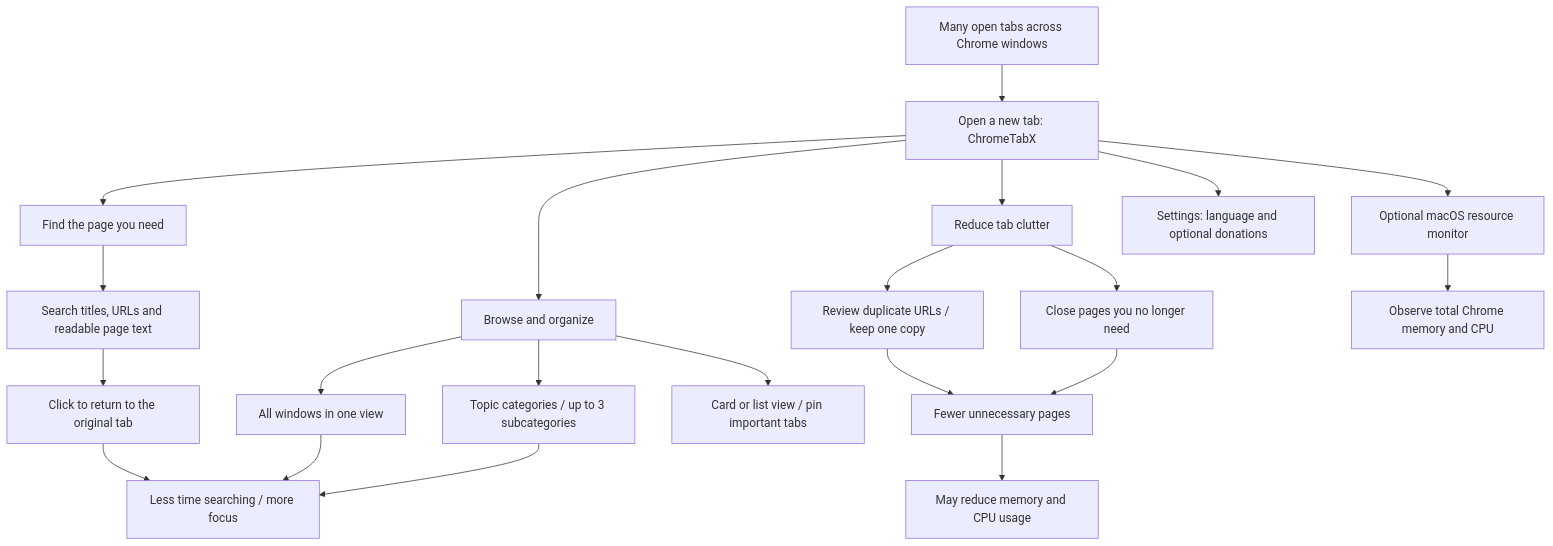
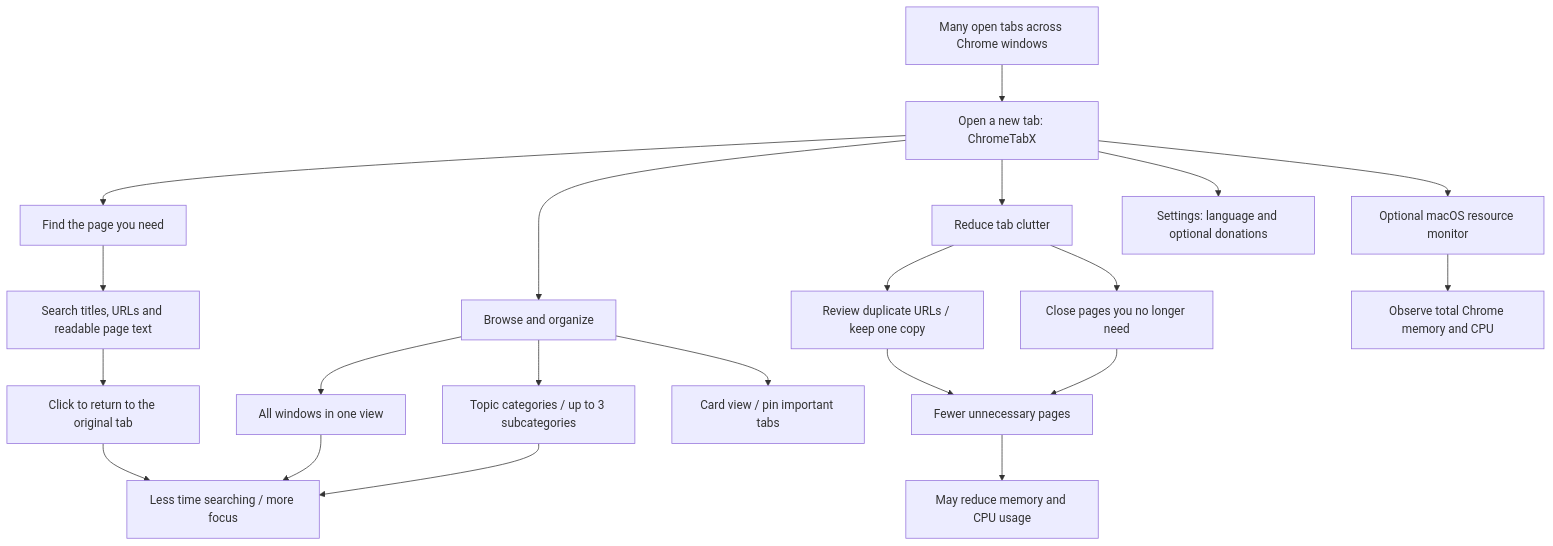
Before and after one commit to anzai3/ChromeTabX: the diagram in README.md, drawn with Mermaid. The commit also changed other lines of this file and 7 other files, not shown here.

Commit message:
Remove list toggle and keep card layout

````diff
--- a/README.md
+++ b/README.md
@@ -21,23 +21,23 @@
 ```mermaid
 flowchart TD
     A[Many open tabs across Chrome windows] --> B[Open a new tab: ChromeTabX]
     B --> C[Find the page you need]
     B --> D[Browse and organize]
     B --> E[Reduce tab clutter]
     C --> C1[Search titles, URLs and readable page text]
     C1 --> C2[Click to return to the original tab]
     D --> D1[All windows in one view]
     D --> D2[Topic categories / up to 3 subcategories]
-    D --> D3[Card or list view / pin important tabs]
+    D --> D3[Card view / pin important tabs]
     E --> E1[Review duplicate URLs / keep one copy]
     E --> E2[Close pages you no longer need]
     C2 --> F[Less time searching / more focus]
     D1 --> F
     D2 --> F
     E1 --> G[Fewer unnecessary pages]
     E2 --> G
     G --> H[May reduce memory and CPU usage]
     B --> I[Optional macOS resource monitor]
     I --> J[Observe total Chrome memory and CPU]
     B --> K[Settings: language and optional donations]
 ```
````
